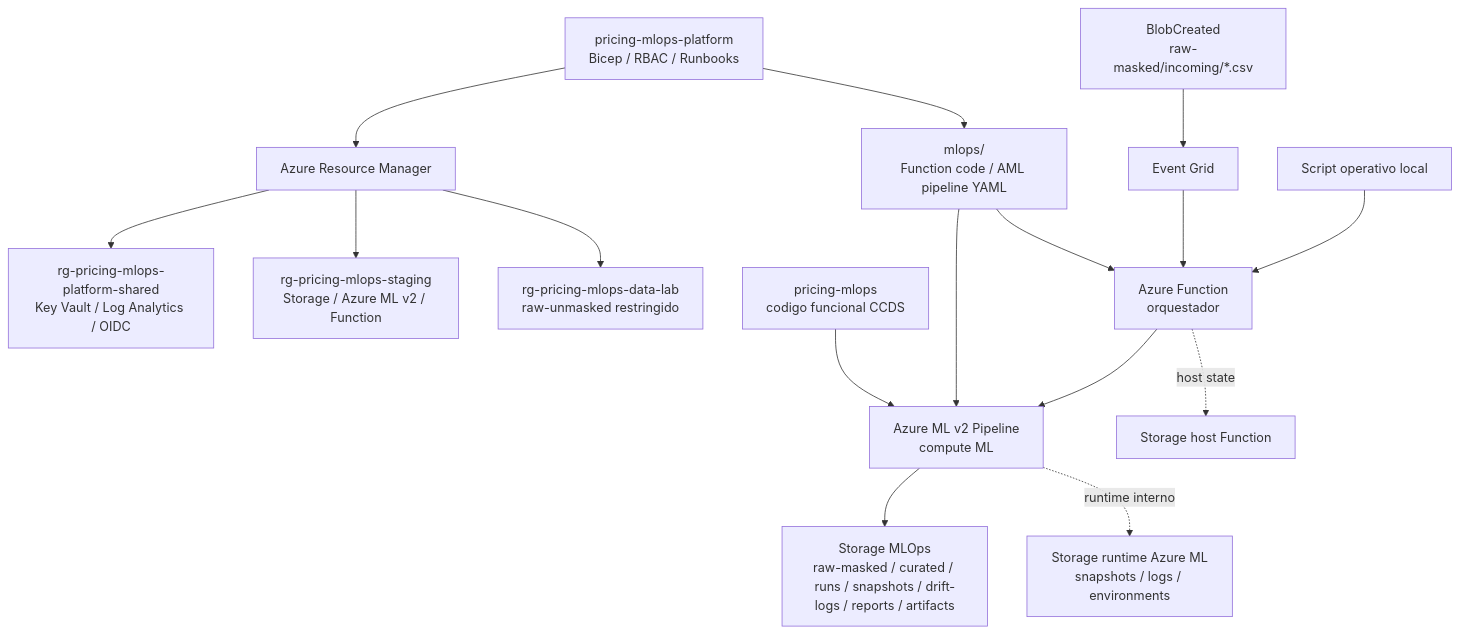
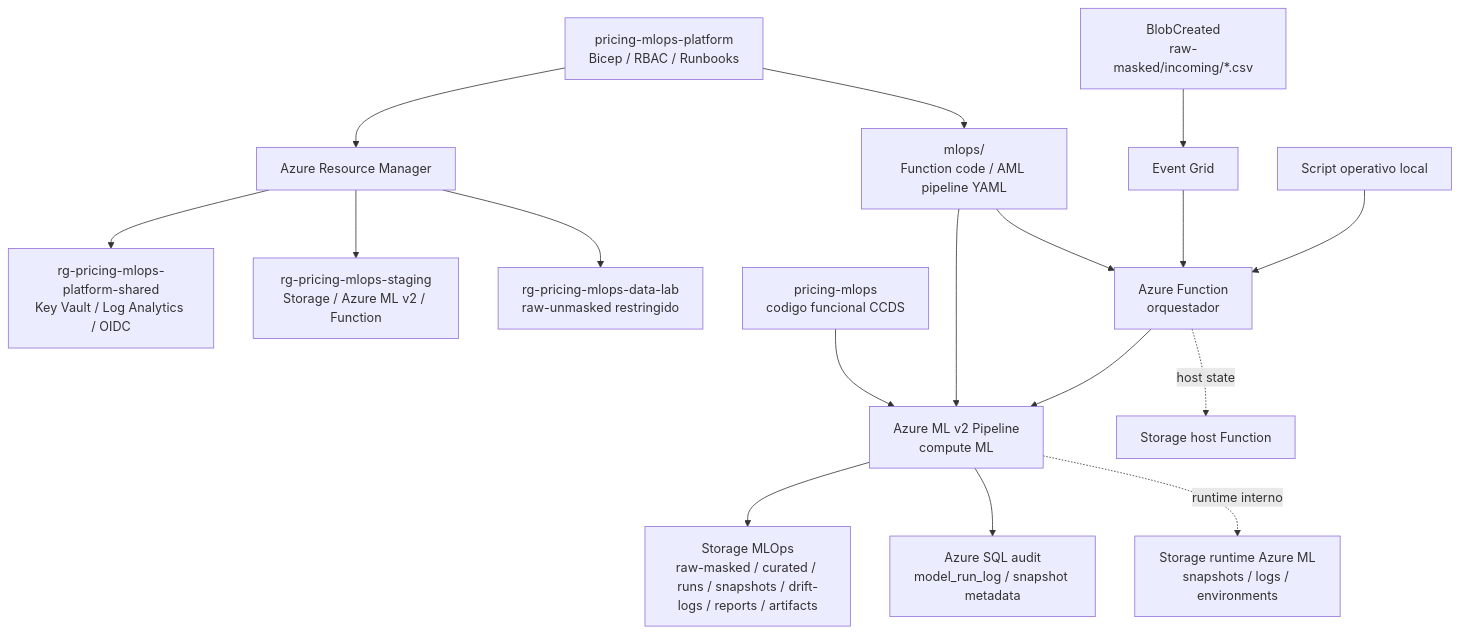
Before and after one commit to tecmx-team46-pricing/pricing-mlops-platform: the diagram in README.md, drawn with Mermaid. The commit also changed other lines of this file and 5 other files, not shown here.

Commit message:
Document Azure SQL audit operations

````diff
--- a/README.md
+++ b/README.md
@@ -27,19 +29,20 @@
 ```mermaid
 flowchart TD
   Platform["pricing-mlops-platform<br/>Bicep / RBAC / Runbooks"] --> ARM["Azure Resource Manager"]
   ARM --> Shared["rg-pricing-mlops-platform-shared<br/>Key Vault / Log Analytics / OIDC"]
   ARM --> Staging["rg-pricing-mlops-staging<br/>Storage / Azure ML v2 / Function"]
   ARM --> DataLab["rg-pricing-mlops-data-lab<br/>raw-unmasked restringido"]
 
   Operator["Script operativo local"] --> Function["Azure Function<br/>orquestador"]
   Incoming["BlobCreated<br/>raw-masked/incoming/*.csv"] --> EventGrid["Event Grid"]
   EventGrid --> Function
   Function --> AML["Azure ML v2 Pipeline<br/>compute ML"]
   AML --> Storage["Storage MLOps<br/>raw-masked / curated / runs / snapshots / drift-logs / reports / artifacts"]
+  AML --> SQL["Azure SQL audit<br/>model_run_log / snapshot metadata"]
   AML -. runtime interno .-> AMLRuntime["Storage runtime Azure ML<br/>snapshots / logs / environments"]
   Function -. host state .-> FunctionStorage["Storage host Function"]
   Platform --> Runtime["mlops/<br/>Function code / AML pipeline YAML"]
   Runtime --> Function
   Runtime --> AML
   ModelRepo["pricing-mlops<br/>codigo funcional CCDS"] --> AML
 ```
````
